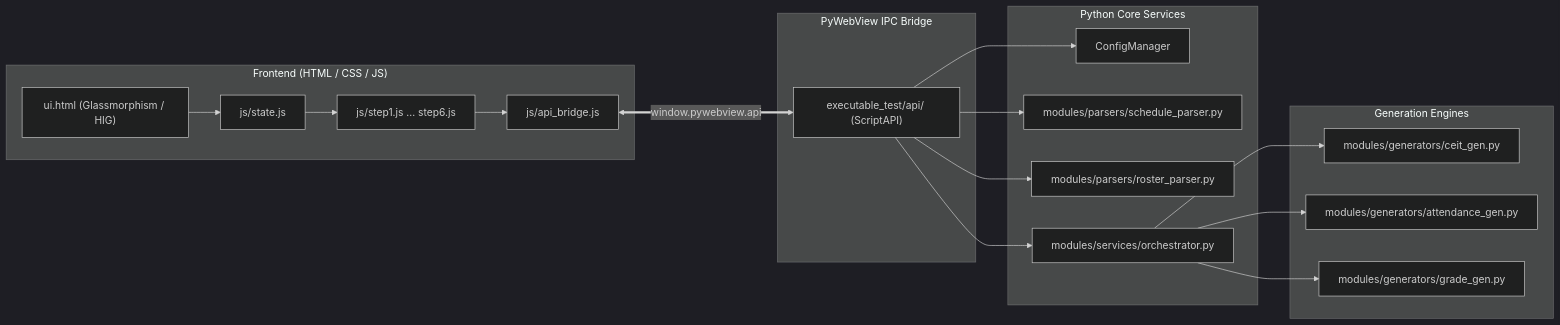
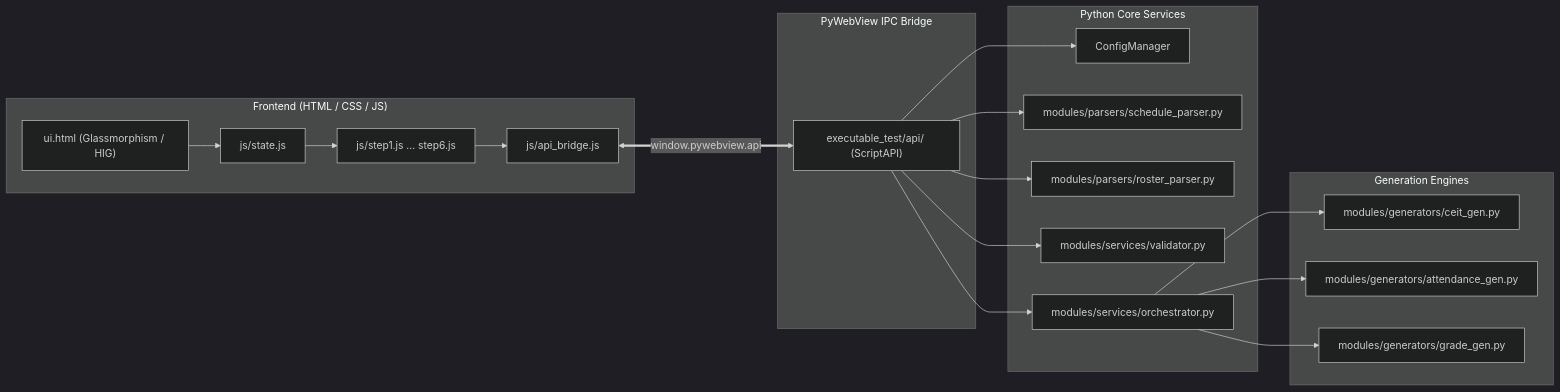
The diagram in 01 - Architecture/System Architecture.md (DrinkBoooz/cvsu-generator_documentation), drawn with Mermaid (dark theme) before and after one commit. The commit also changed other lines of this file and 18 other files, not shown here.

Commit message:
3: map current application architecture, generators, templates, user guides, and perform hig audit

````diff
--- a/01 - Architecture/System Architecture.md
+++ b/01 - Architecture/System Architecture.md
@@ -31,38 +31,42 @@
 ```mermaid
 graph LR
     subgraph Frontend ["Frontend (HTML / CSS / JS)"]
         UI["ui.html (Glassmorphism / HIG)"]
         State["js/state.js"]
         StepUI["js/step1.js ... step6.js"]
         BridgeJS["js/api_bridge.js"]
     end
 
     subgraph IPC ["PyWebView IPC Bridge"]
         API["executable_test/api/ (ScriptAPI)"]
     end
 
     subgraph Backend ["Python Core Services"]
         Config["ConfigManager"]
         Parser["modules/parsers/schedule_parser.py"]
         Roster["modules/parsers/roster_parser.py"]
+        Validator["modules/services/validator.py"]
         Orchestrator["modules/services/orchestrator.py"]
     end
 
     subgraph Engines ["Generation Engines"]
         CEIT["modules/generators/ceit_gen.py"]
         Att["modules/generators/attendance_gen.py"]
         Grade["modules/generators/grade_gen.py"]
     end
 
     UI --> State
     State --> StepUI
     StepUI --> BridgeJS
     BridgeJS <==>|"window.pywebview.api"| API
+    
     API --> Config
     API --> Parser
     API --> Roster
+    API --> Validator
     API --> Orchestrator
+    
     Orchestrator --> CEIT
     Orchestrator --> Att
     Orchestrator --> Grade
 ```
````
